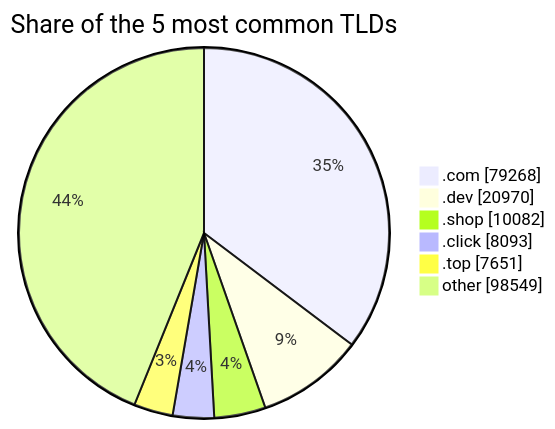
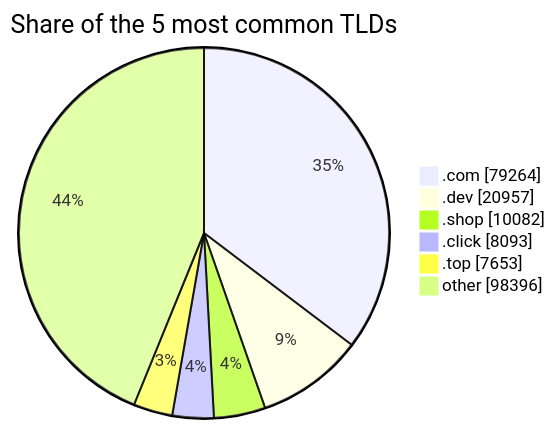
The third of 3 diagrams in README.md (DNSBunker/CTI), drawn with Mermaid before and after one commit. The commit also changed other lines of this file and 3 other files, not shown here.

````diff
--- a/README.md
+++ b/README.md
@@ -81,9 +81,9 @@
 ```mermaid
 pie showData title Share of the 5 most common TLDs
-    ".com" : 79268
-    ".dev" : 20970
+    ".com" : 79264
+    ".dev" : 20957
     ".shop" : 10082
     ".click" : 8093
-    ".top" : 7651
-    "other" : 98549
+    ".top" : 7653
+    "other" : 98396
 ```
````
